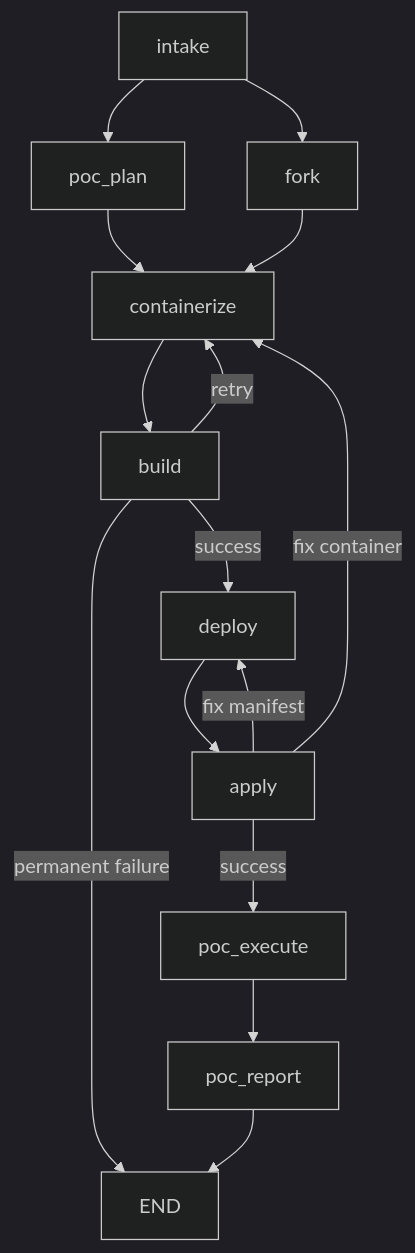
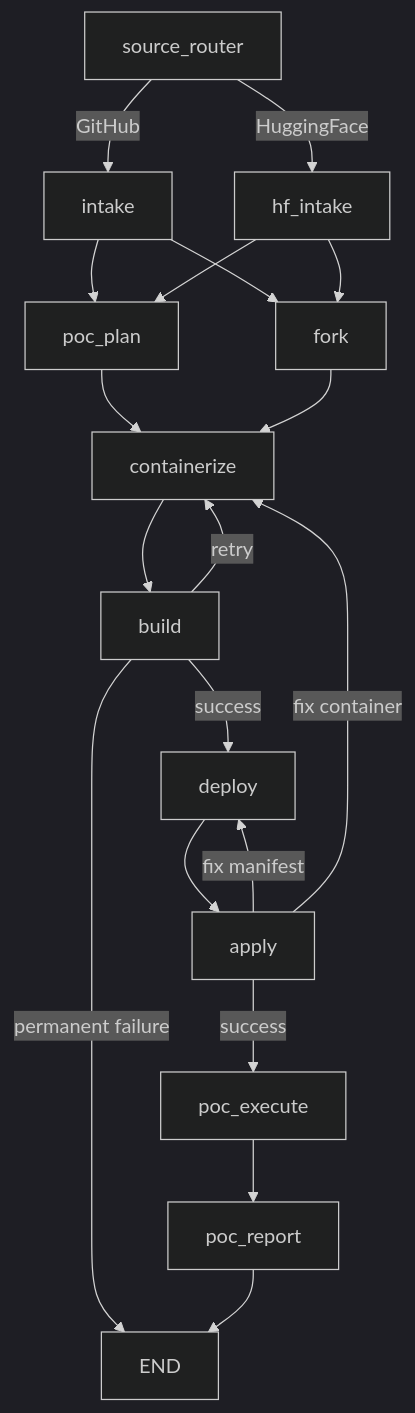
One commit to aicatalyst-team/autopoc changed the diagram in README.md. Above: the diagram before and after it, drawn with Mermaid (dark theme). The commit also changed other lines of this file, not shown here.

First line of the commit message:
docs: update README with GitHub fork target, HuggingFace sources, and Makefile

````diff
--- a/README.md
+++ b/README.md
@@ -123,17 +146,21 @@
 ```mermaid
 graph TD;
+    source_router -->|GitHub| intake;
+    source_router -->|HuggingFace| hf_intake;
     intake --> poc_plan;
     intake --> fork;
+    hf_intake --> poc_plan;
+    hf_intake --> fork;
     poc_plan --> containerize;
     fork --> containerize;
     containerize --> build;
     build -->|success| deploy;
     build -->|retry| containerize;
     build -->|permanent failure| END;
     deploy --> apply;
     apply -->|success| poc_execute;
     apply -->|fix manifest| deploy;
     apply -->|fix container| containerize;
     poc_execute --> poc_report;
     poc_report --> END;
 ```
````
